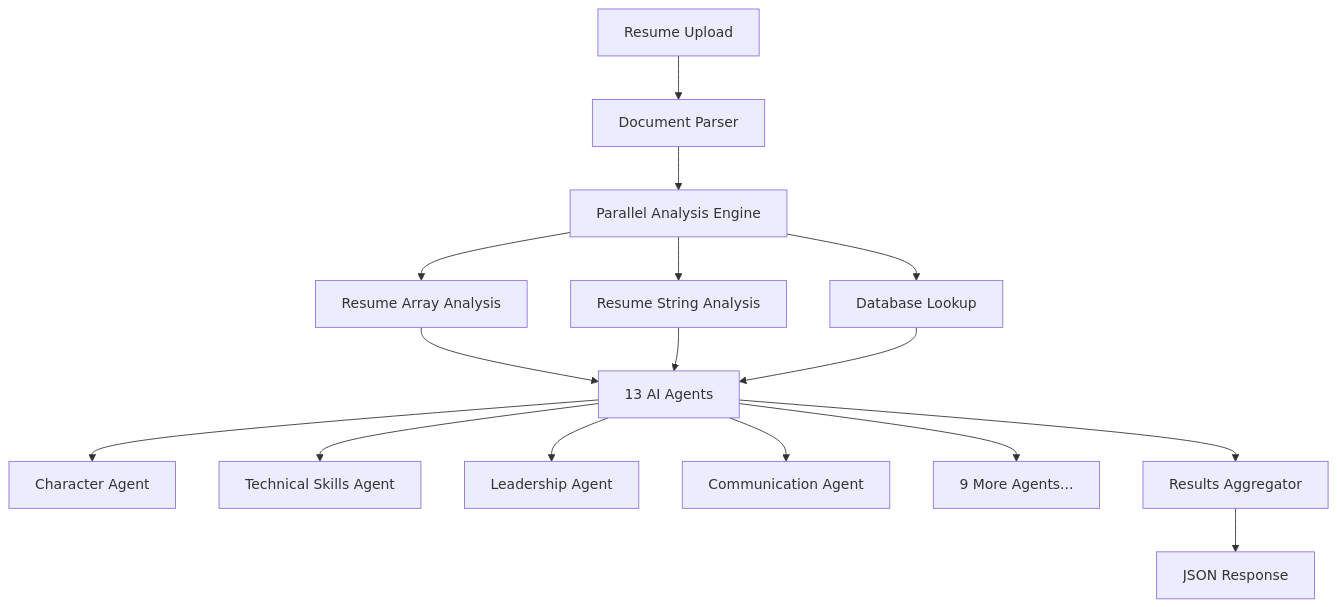
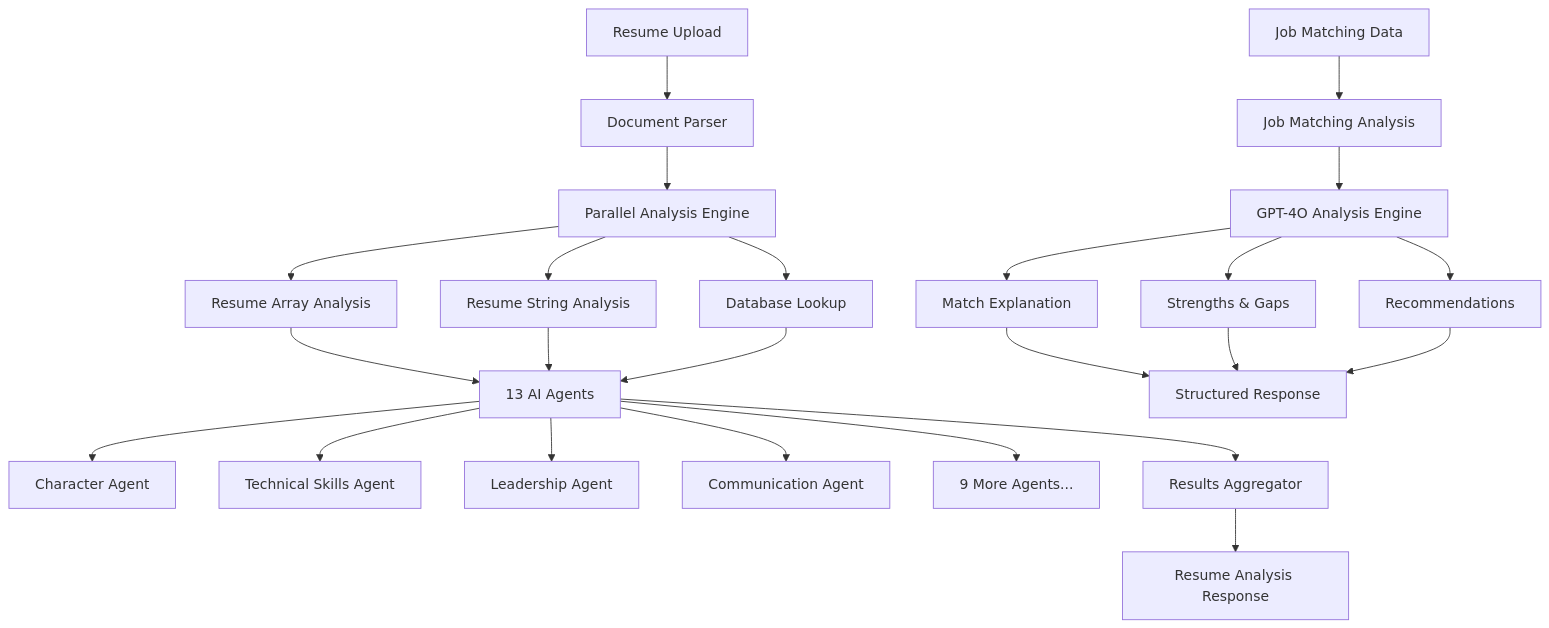
Before and after one commit to jayanta8509/MPower_phase4: the diagram in README.md, drawn with Mermaid. The commit also changed other lines of this file and 3 other files, not shown here.

Commit message:
Enhance job matching functionality in app.py by adding a new endpoint for job matching explanation, including a Pydantic model for request validation. Update README.md to reflect the new job matching features and API endpoint details, and change the server port to 8001.

````diff
--- a/README.md
+++ b/README.md
@@ -22,21 +24,31 @@
 ```mermaid
 graph TD
     A[Resume Upload] --> B[Document Parser]
     B --> C[Parallel Analysis Engine]
     C --> D[Resume Array Analysis]
     C --> E[Resume String Analysis]
     C --> F[Database Lookup]
     
     G[13 AI Agents] --> H[Character Agent]
     G --> I[Technical Skills Agent]
     G --> J[Leadership Agent]
     G --> K[Communication Agent]
     G --> L[9 More Agents...]
     
     D --> G
     E --> G
     F --> G
     
     G --> M[Results Aggregator]
-    M --> N[JSON Response]
+    M --> N[Resume Analysis Response]
+    
+    O[Job Matching Data] --> P[Job Matching Analysis]
+    P --> Q[GPT-4O Analysis Engine]
+    Q --> R[Match Explanation]
+    Q --> S[Strengths & Gaps]
+    Q --> T[Recommendations]
+    
+    R --> U[Structured Response]
+    S --> U
+    T --> U
 ```
````
